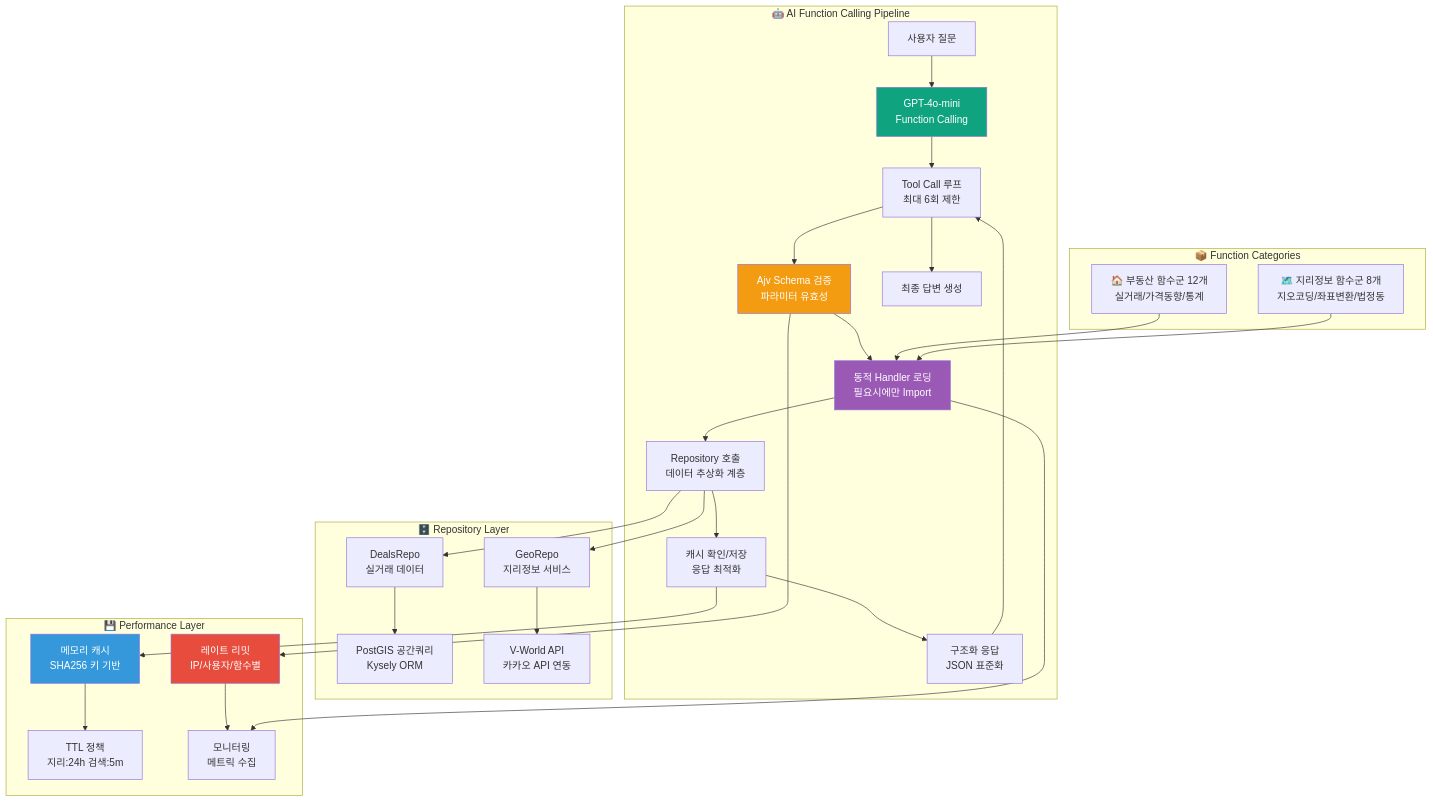
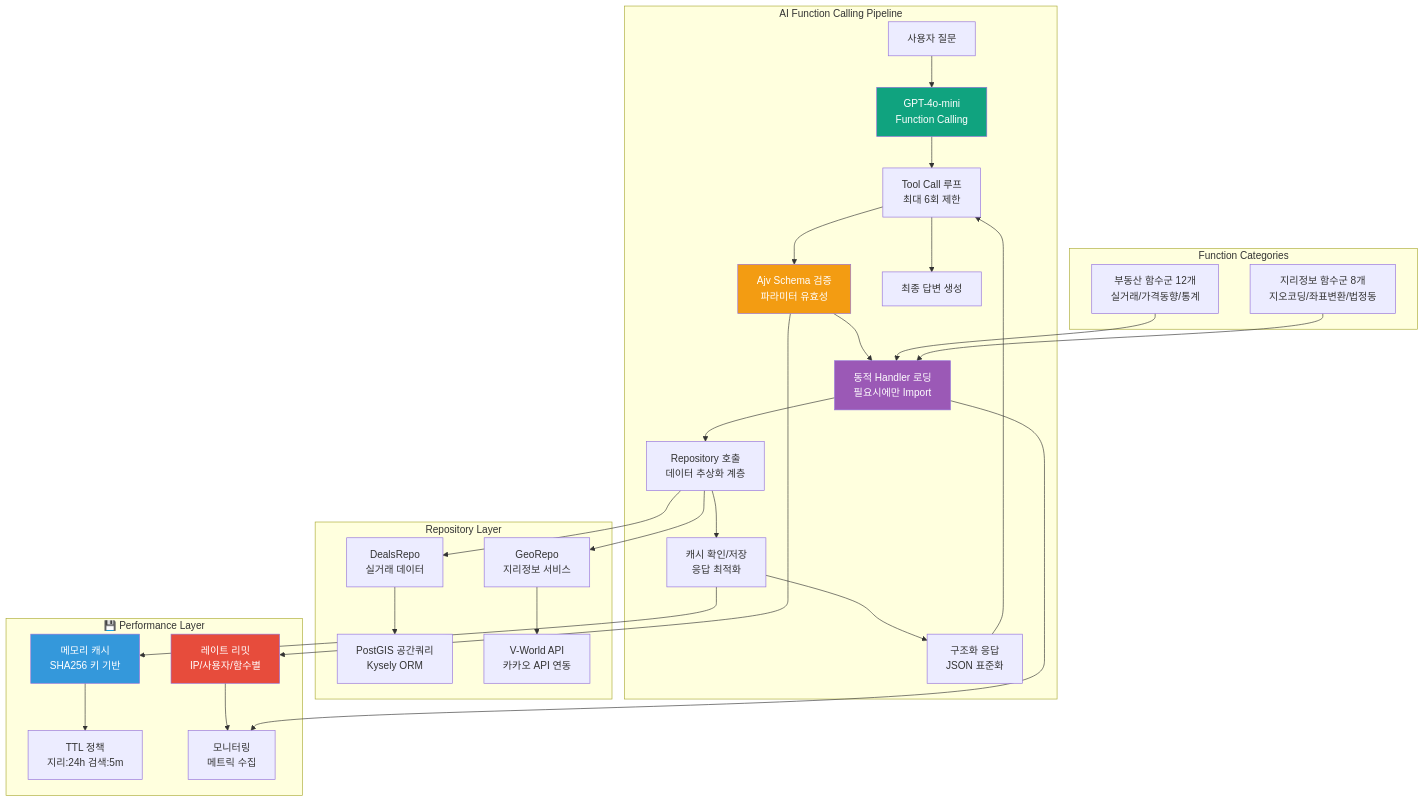
One commit to katnon/openimjang changed the second of 6 diagrams in README.md. Above: the diagram before and after it, drawn with Mermaid. The commit also changed other lines of this file, not shown here.

First line of the commit message:
fix: Mermaid 다이어그램 렌더링 오류 수정

````diff
--- a/README.md
+++ b/README.md
@@ -91,41 +91,41 @@
 ```mermaid
 graph TB
-    subgraph "🤖 AI Function Calling Pipeline"
+    subgraph "AI Function Calling Pipeline"
         A[사용자 질문] --> B[GPT-4o-mini<br/>Function Calling]
         B --> C[Tool Call 루프<br/>최대 6회 제한]
         C --> D[Ajv Schema 검증<br/>파라미터 유효성]
         D --> E[동적 Handler 로딩<br/>필요시에만 Import]
         E --> F[Repository 호출<br/>데이터 추상화 계층]
         F --> G[캐시 확인/저장<br/>응답 최적화]
         G --> H[구조화 응답<br/>JSON 표준화]
         H --> C
         C --> I[최종 답변 생성]
     end
     
-    subgraph "📦 Function Categories"
-        J[🏠 부동산 함수군 12개<br/>실거래/가격동향/통계] --> E
-        K[🗺️ 지리정보 함수군 8개<br/>지오코딩/좌표변환/법정동] --> E
+    subgraph "Function Categories"
+        J["부동산 함수군 12개<br/>실거래/가격동향/통계"] --> E
+        K["지리정보 함수군 8개<br/>지오코딩/좌표변환/법정동"] --> E
     end
     
-    subgraph "🗄️ Repository Layer"
+    subgraph "Repository Layer"
         L[DealsRepo<br/>실거래 데이터] --> M[PostGIS 공간쿼리<br/>Kysely ORM]
         N[GeoRepo<br/>지리정보 서비스] --> O[V-World API<br/>카카오 API 연동]
     end
     
     subgraph "💾 Performance Layer"
         P[메모리 캐시<br/>SHA256 키 기반] --> Q[TTL 정책<br/>지리:24h 검색:5m]
         R[레이트 리밋<br/>IP/사용자/함수별] --> S[모니터링<br/>메트릭 수집]
     end
     
     F --> L
     F --> N
     G --> P
     D --> R
     E --> S
     
     style B fill:#10a37f,color:#fff
     style D fill:#f39c12,color:#fff
     style E fill:#9b59b6,color:#fff
     style P fill:#3498db,color:#fff
     style R fill:#e74c3c,color:#fff
 ```
````
